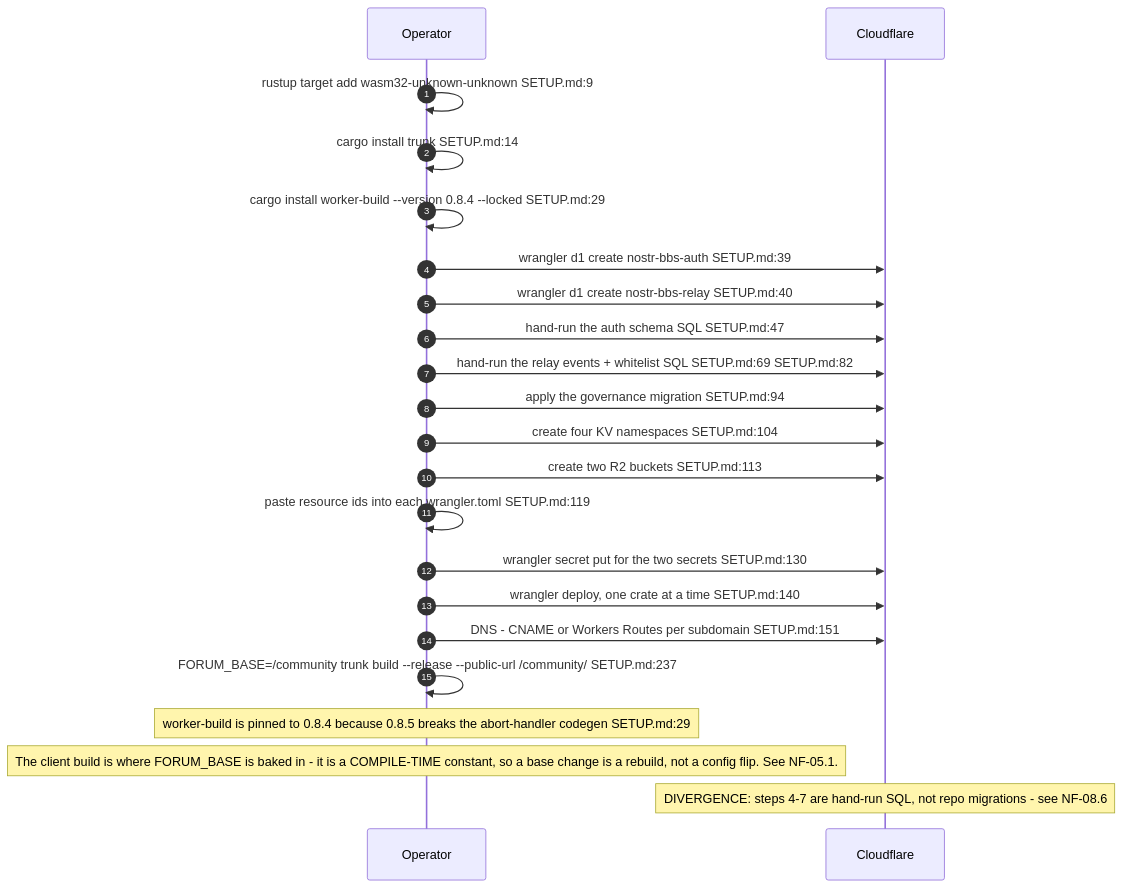
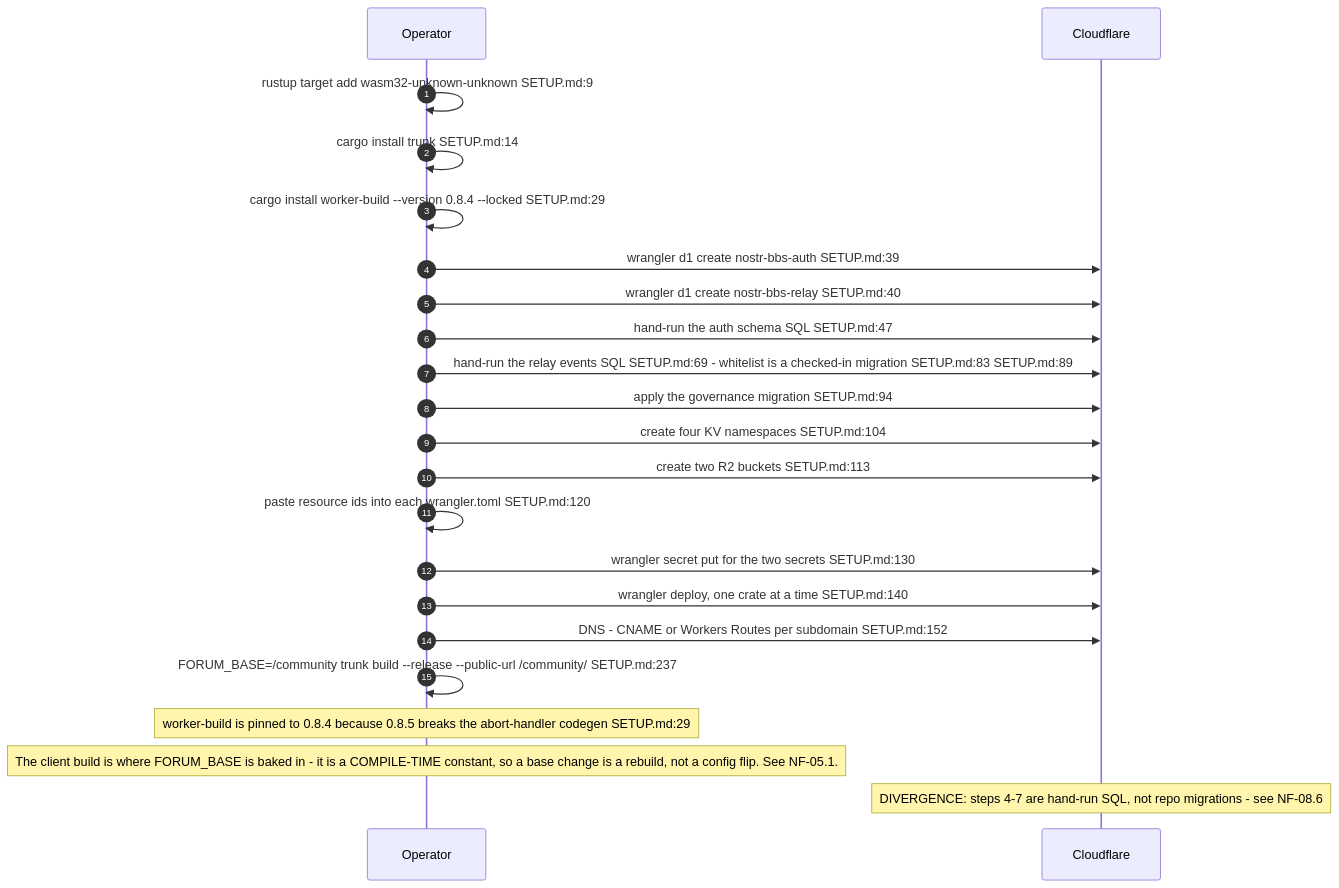
The fifth of 9 diagrams in docs/diagrams/nostr-rust-forum/09-ci-deploy-canary-and-validation.md (DreamLab-AI/VisionFlow), drawn with Mermaid before and after one commit. The commit also changed other lines of this file and 2 other files, not shown here.

First line of the commit message:
docs(diagrams): NF-09 toolchain debt becomes an invariant (owner decision 2026-10-02, R8)

````diff
--- a/docs/diagrams/nostr-rust-forum/09-ci-deploy-canary-and-validation.md
+++ b/docs/diagrams/nostr-rust-forum/09-ci-deploy-canary-and-validation.md
@@ -125,26 +126,26 @@
 ```mermaid
 sequenceDiagram
     autonumber
     participant OP as Operator
     participant CF as Cloudflare
 
     OP->>OP: rustup target add wasm32-unknown-unknown SETUP.md:9
     OP->>OP: cargo install trunk SETUP.md:14
     OP->>OP: cargo install worker-build --version 0.8.4 --locked SETUP.md:29
     OP->>CF: wrangler d1 create nostr-bbs-auth SETUP.md:39
     OP->>CF: wrangler d1 create nostr-bbs-relay SETUP.md:40
     OP->>CF: hand-run the auth schema SQL SETUP.md:47
-    OP->>CF: hand-run the relay events + whitelist SQL SETUP.md:69 SETUP.md:82
+    OP->>CF: hand-run the relay events SQL SETUP.md:69 - whitelist is a checked-in migration SETUP.md:83 SETUP.md:89
     OP->>CF: apply the governance migration SETUP.md:94
     OP->>CF: create four KV namespaces SETUP.md:104
     OP->>CF: create two R2 buckets SETUP.md:113
-    OP->>OP: paste resource ids into each wrangler.toml SETUP.md:119
+    OP->>OP: paste resource ids into each wrangler.toml SETUP.md:120
     OP->>CF: wrangler secret put for the two secrets SETUP.md:130
     OP->>CF: wrangler deploy, one crate at a time SETUP.md:140
-    OP->>CF: DNS - CNAME or Workers Routes per subdomain SETUP.md:151
+    OP->>CF: DNS - CNAME or Workers Routes per subdomain SETUP.md:152
     OP->>OP: FORUM_BASE=/community trunk build --release --public-url /community/ SETUP.md:237
 
     Note over OP: worker-build is pinned to 0.8.4 because 0.8.5 breaks the abort-handler codegen SETUP.md:29
     Note over OP: The client build is where FORUM_BASE is baked in - it is a COMPILE-TIME constant, so a base change is a rebuild, not a config flip. See NF-05.1.
     Note over CF: DIVERGENCE: steps 4-7 are hand-run SQL, not repo migrations - see NF-08.6
 ```
````
